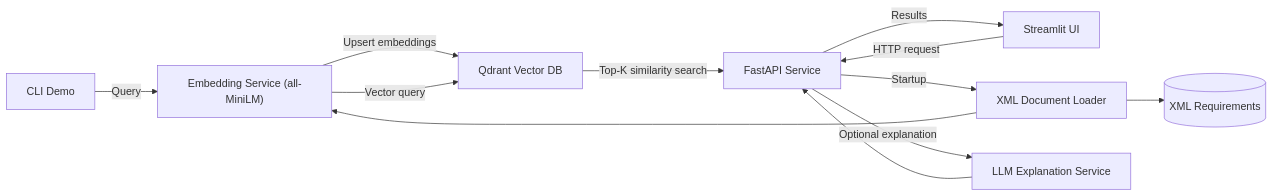
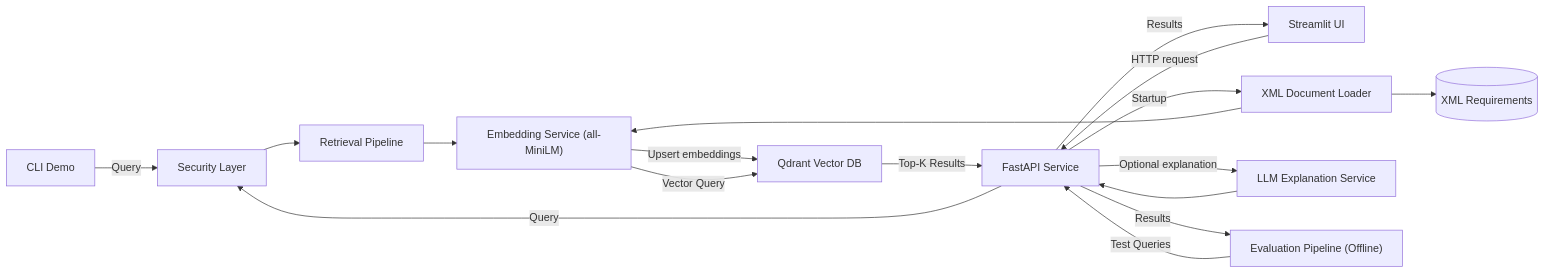
One commit to patricknanz2002-wq/ai-requirements-engine changed the diagram in docs/architecture.md. Above: the diagram before and after it, drawn with Mermaid. The commit also changed other lines of this file and 6 other files, not shown here.

First line of the commit message:
feat: add security layer with API integration and documentation

````diff
--- a/docs/architecture.md
+++ b/docs/architecture.md
@@ -23,31 +25,48 @@
 ```mermaid
 flowchart LR
 
 CLI["CLI Demo"]
 UI["Streamlit UI"]
 API["FastAPI Service"]
 
+Security["Security Layer"]
+Pipeline["Retrieval Pipeline"]
+
 Loader["XML Document Loader"]
 Embedder["Embedding Service (all-MiniLM)"]
 VectorDB["Qdrant Vector DB"]
 
 LLM["LLM Explanation Service"]
 
+Eval["Evaluation Pipeline (Offline)"]
+
 Data[(XML Requirements)]
 
+%% Startup Flow
 API -->|Startup| Loader
 Loader --> Data
 Loader --> Embedder
+Embedder -->|Upsert embeddings| VectorDB
 
-Embedder -->|Upsert embeddings| VectorDB
-VectorDB -->|Top-K similarity search| API
+%% Query Flow (Unified Entry)
+API -->|Query| Security
+CLI -->|Query| Security
 
+Security --> Pipeline
+Pipeline --> Embedder
+Embedder -->|Vector Query| VectorDB
+VectorDB -->|Top-K Results| API
+
+%% Optional LLM
 API -->|Optional explanation| LLM
 LLM --> API
 
-CLI -->|Query| Embedder
-Embedder -->|Vector query| VectorDB
-
+%% UI
 UI -->|HTTP request| API
 API -->|Results| UI
+
+%% Evaluation (Offline, via API)
+Eval -->|Test Queries| API
+API -->|Results| Eval
+
 ```
````
